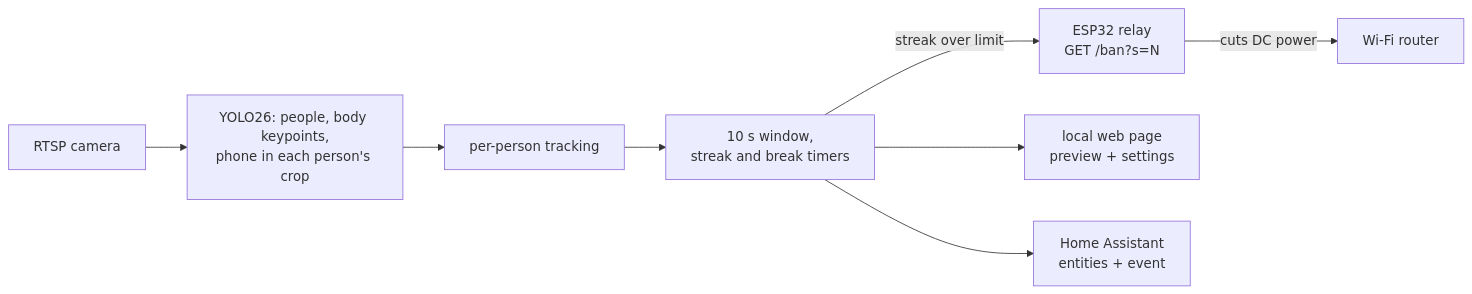
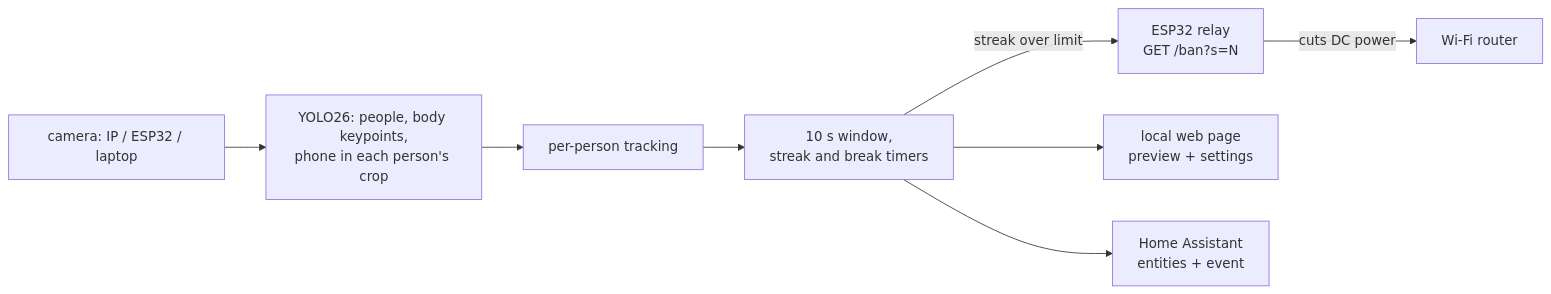
One commit to yoobzz/scroll-guard changed the diagram in README.md. Above: the diagram before and after it, drawn with Mermaid. The commit also changed other lines of this file and 21 other files, not shown here.

First line of the commit message:
feat: English UI, laptop and ESP32 camera sources, camera guide

````diff
--- a/README.md
+++ b/README.md
@@ -13,10 +13,10 @@
 ```mermaid
 flowchart LR
-    cam[RTSP camera] --> det[YOLO26: people, body keypoints,<br/>phone in each person's crop]
+    cam[camera: IP / ESP32 / laptop] --> det[YOLO26: people, body keypoints,<br/>phone in each person's crop]
     det --> trk[per-person tracking]
     trk --> tim[10 s window,<br/>streak and break timers]
     tim -->|streak over limit| esp[ESP32 relay<br/>GET /ban?s=N]
     esp -->|cuts DC power| router[Wi-Fi router]
     tim --> ui[local web page<br/>preview + settings]
     tim --> ha[Home Assistant<br/>entities + event]
 ```
````
